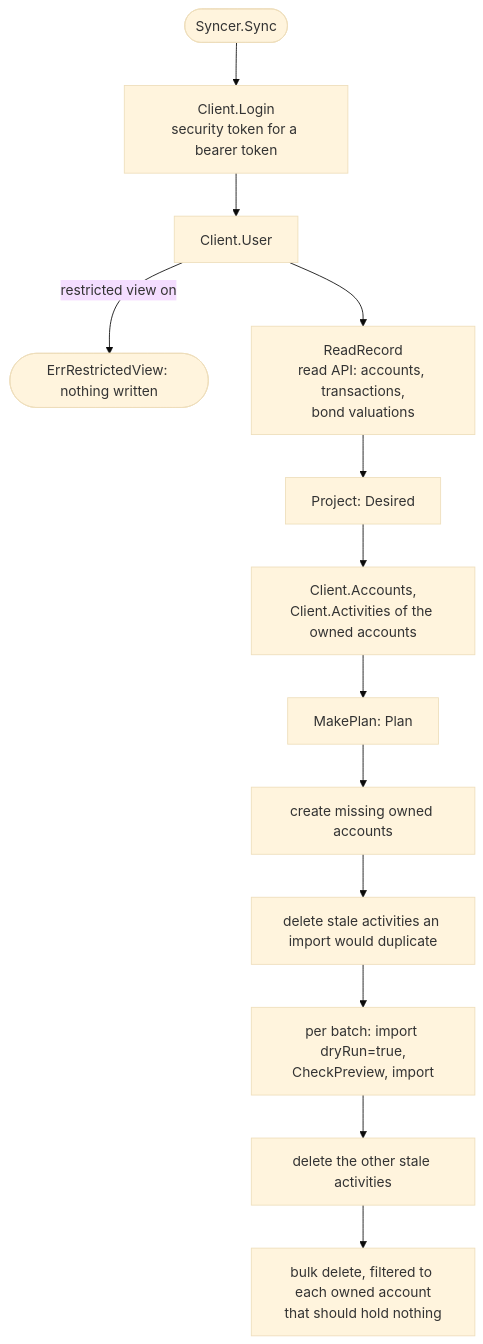
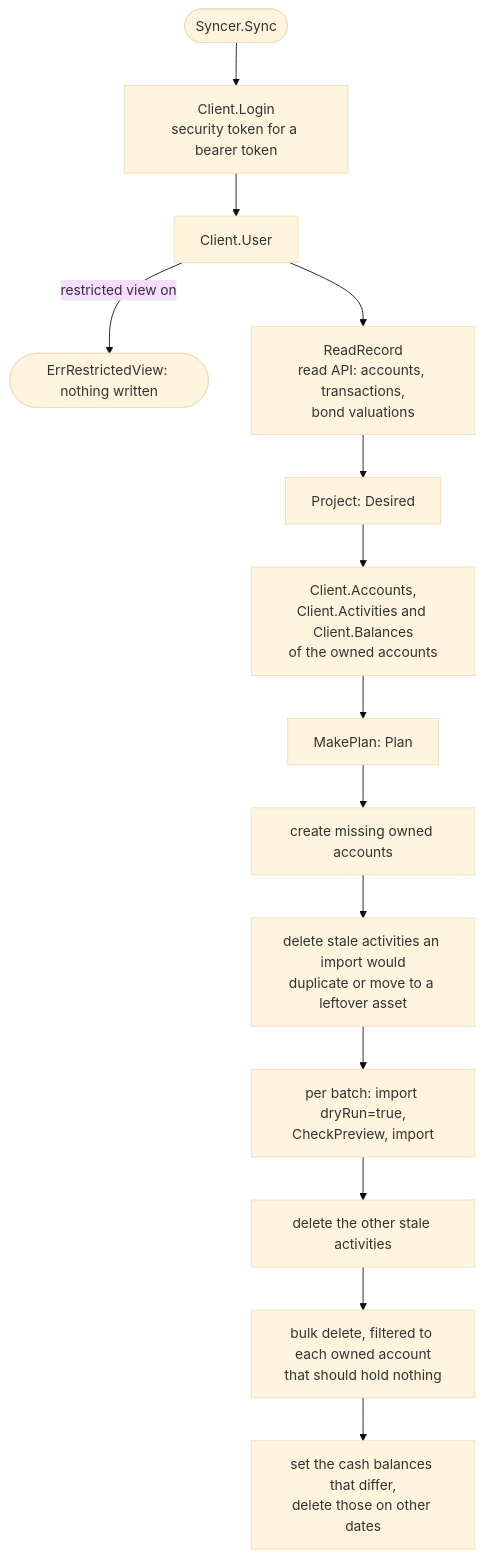
The first of 2 diagrams in docs/concepts/ghostfolio.md (arkadiuss/openfief), drawn with Mermaid (base theme) before and after one commit. The commit also changed other lines of this file and 85 other files, not shown here.

````diff
--- a/docs/concepts/ghostfolio.md
+++ b/docs/concepts/ghostfolio.md
@@ -34,15 +34,16 @@
 ```mermaid
 flowchart TD
   start(["Syncer.Sync"]) --> login["Client.Login<br/>security token for a bearer token"]
   login --> user["Client.User"]
   user -- "restricted view on" --> refuse(["ErrRestrictedView: nothing written"])
   user --> read["ReadRecord<br/>read API: accounts, transactions,<br/>bond valuations"]
   read --> project["Project: Desired"]
-  project --> actual["Client.Accounts,<br/>Client.Activities of the owned accounts"]
+  project --> actual["Client.Accounts,<br/>Client.Activities and Client.Balances<br/>of the owned accounts"]
   actual --> plan["MakePlan: Plan"]
   plan --> create["create missing owned accounts"]
-  create --> pre["delete stale activities an import would duplicate"]
+  create --> pre["delete stale activities an import would<br/>duplicate or move to a leftover asset"]
   pre --> batches["per batch: import dryRun=true,<br/>CheckPreview, import"]
   batches --> del["delete the other stale activities"]
   del --> clear["bulk delete, filtered to each owned account<br/>that should hold nothing"]
+  clear --> cash["set the cash balances that differ,<br/>delete those on other dates"]
 ```
````
